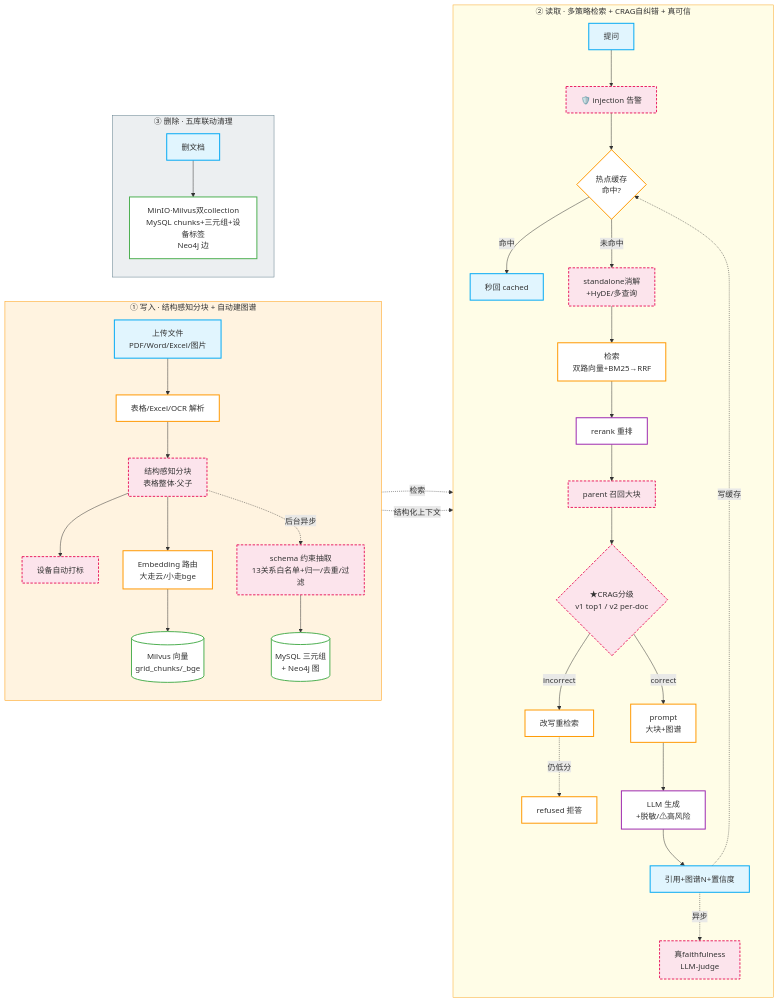
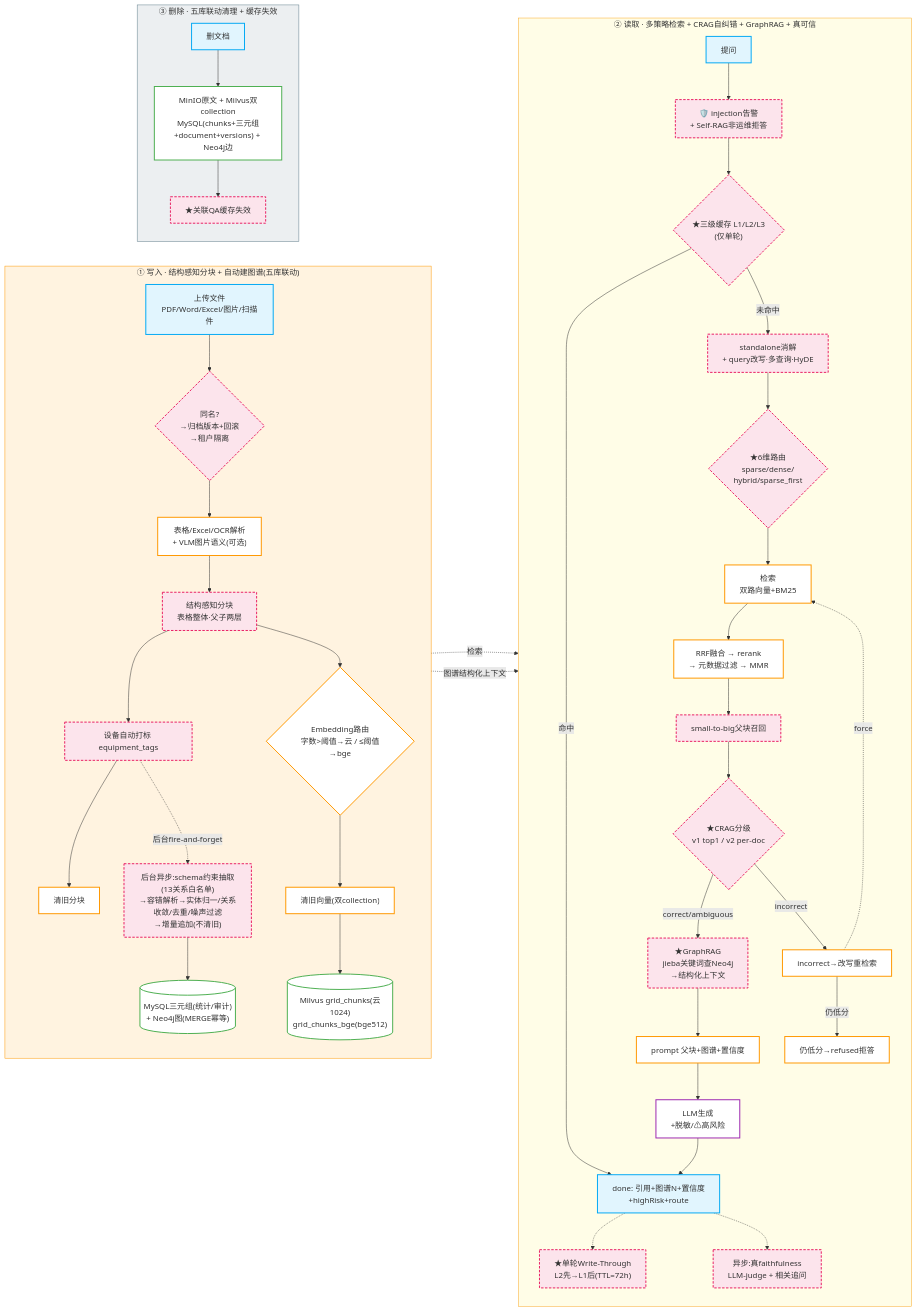
One commit to zhyese/grid-qa changed the third of 5 diagrams in README.md. Above: the diagram before and after it, drawn with Mermaid. The commit also changed other lines of this file, not shown here.

First line of the commit message:
docs(README): 重写系统架构/GraphRAG/问答时序三张流程图，对齐代码补全设计细节

````diff
--- a/README.md
+++ b/README.md
@@ -267,51 +275,76 @@
 ```mermaid
 flowchart LR
     classDef io fill:#e1f5fe,stroke:#03a9f4,stroke-width:2px
     classDef process fill:#ffffff,stroke:#ff9800,stroke-width:2px
     classDef storage fill:#ffffff,stroke:#4caf50,stroke-width:2px
     classDef llm fill:#ffffff,stroke:#9c27b0,stroke-width:2px
     classDef new fill:#fce4ec,stroke:#e91e63,stroke-width:2px,stroke-dasharray:5 3
 
-    subgraph W["① 写入 · 结构感知分块 + 自动建图谱"]
+    subgraph W["① 写入 · 结构感知分块 + 自动建图谱(五库联动)"]
         direction TB
-        U[上传文件<br/>PDF/Word/Excel/图片]:::io --> P[表格/Excel/OCR 解析]:::process
-        P --> SK[结构感知分块<br/>表格整体·父子]:::new
-        SK --> EQ[设备自动打标]:::new
-        SK --> V[Embedding 路由<br/>大走云/小走bge]:::process
-        V --> VMIL[("Milvus 向量<br/>grid_chunks/_bge")]:::storage
-        SK -.->|后台异步| K[schema 约束抽取<br/>13关系白名单+归一/去重/过滤]:::new
-        K --> KG[("MySQL 三元组<br/>+ Neo4j 图")]:::storage
+        U["上传文件<br/>PDF/Word/Excel/图片/扫描件"]:::io
+        Ver{"同名?<br/>→归档版本+回滚<br/>→租户隔离"}:::new
+        P["表格/Excel/OCR解析<br/>+ VLM图片语义(可选)"]:::process
+        SK["结构感知分块<br/>表格整体·父子两层"]:::new
+        EQ["设备自动打标 equipment_tags"]:::new
+        CLR1["清旧分块"]:::process
+        V{"Embedding路由<br/>字数&gt;阈值→云 / ≤阈值→bge"}:::process
+        CLR2["清旧向量(双collection)"]:::process
+        VMIL[("Milvus grid_chunks(云1024)<br/>grid_chunks_bge(bge512)")]:::storage
+        K["后台异步:schema约束抽取(13关系白名单)<br/>→容错解析→实体归一/关系收敛/去重/噪声过滤<br/>→增量追加(不清旧)"]:::new
+        KG[("MySQL三元组(统计/审计)<br/>+ Neo4j图(MERGE幂等)")]:::storage
+        U --> Ver --> P
+        P --> SK --> EQ --> CLR1
+        SK --> V --> CLR2 --> VMIL
+        EQ -.->|后台fire-and-forget| K
+        K --> KG
     end
 
-    subgraph R["② 读取 · 多策略检索 + CRAG自纠错 + 真可信"]
+    subgraph R["② 读取 · 多策略检索 + CRAG自纠错 + GraphRAG + 真可信"]
         direction TB
-        Q[提问]:::io --> GUARD[🛡️ injection 告警]:::new
-        GUARD --> CC{"热点缓存<br/>命中?"}:::process
-        CC -->|命中| A1[秒回 cached]:::io
-        CC -->|未命中| ST[standalone消解<br/>+HyDE/多查询]:::new
-        ST --> RT[检索<br/>双路向量+BM25→RRF]:::process
-        RT --> RRK[rerank 重排]:::llm
-        RRK --> PE[parent 召回大块]:::new
-        PE --> CG{"★CRAG分级<br/>v1 top1 / v2 per-doc"}:::new
-        CG -->|correct| PF["prompt<br/>大块+图谱"]:::process
-        CG -->|incorrect| RW[改写重检索]:::process
-        RW -.->|仍低分| RF[refused 拒答]:::process
-        PF --> L[LLM 生成<br/>+脱敏/⚠高风险]:::llm
-        L --> A2[引用+图谱N+置信度]:::io
-        A2 -.->|异步| FJ[真faithfulness<br/>LLM-judge]:::new
-        A2 -.->|写缓存| CC
+        Q["提问"]:::io
+        GUARD["🛡️ injection告警<br/>+ Self-RAG非运维拒答"]:::new
+        CC{"★三级缓存 L1/L2/L3<br/>(仅单轮)"}:::new
+        ST["standalone消解<br/>+ query改写·多查询·HyDE"]:::new
+        RT{"★6维路由<br/>sparse/dense/<br/>hybrid/sparse_first"}:::new
+        RT2["检索<br/>双路向量+BM25"]:::process
+        RRF["RRF融合 → rerank<br/>→ 元数据过滤 → MMR"]:::process
+        PE["small-to-big父块召回"]:::new
+        CG{"★CRAG分级<br/>v1 top1 / v2 per-doc"}:::new
+        RW["incorrect→改写重检索"]:::process
+        RF["仍低分→refused拒答"]:::process
+        GC["★GraphRAG<br/>jieba关键词查Neo4j<br/>→结构化上下文"]:::new
+        PF["prompt 父块+图谱+置信度"]:::process
+        L["LLM生成<br/>+脱敏/⚠高风险"]:::llm
+        Done["done: 引用+图谱N+置信度<br/>+highRisk+route"]:::io
+        FJ["异步:真faithfulness<br/>LLM-judge + 相关追问"]:::new
+        WT["★单轮Write-Through<br/>L2先→L1后(TTL=72h)"]:::new
+        Q --> GUARD --> CC
+        CC -->|命中| Done
+        CC -->|未命中| ST --> RT --> RT2 --> RRF --> PE --> CG
+        CG -->|correct/ambiguous| GC
+        CG -->|incorrect| RW
+        RW -.->|force| RT2
+        RW -->|仍低分| RF
+        GC --> PF --> L --> Done
+        Done -.-> WT
+        Done -.-> FJ
     end
 
-    subgraph D["③ 删除 · 五库联动清理"]
+    subgraph D["③ 删除 · 五库联动清理 + 缓存失效"]
         direction TB
-        DEL[删文档]:::io --> CL["MinIO·Milvus双collection<br/>MySQL chunks+三元组+设备标签<br/>Neo4j 边"]:::storage
+        DEL["删文档"]:::io
+        CL["MinIO原文 + Milvus双collection<br/>MySQL(chunks+三元组+document+versions) + Neo4j边"]:::storage
+        CINV["★关联QA缓存失效"]:::new
+        DEL --> CL --> CINV
     end
 
-    %% 闭环：写入产物 → 读取消费（数据真正流转）
-    VMIL -. 检索 .-> RT
-    KG -. 结构化上下文 .-> PF
+    %% 闭环：写入产物 → 读取消费（数据真正流转，不再孤岛）
+    VMIL -.->|检索| RT2
+    KG -.->|图谱结构化上下文| GC
 
     style W fill:#fff3e0,stroke:#ff9800
     style R fill:#fffde7,stroke:#f9a825
     style D fill:#eceff1,stroke:#607d8b
+
 ```
````
